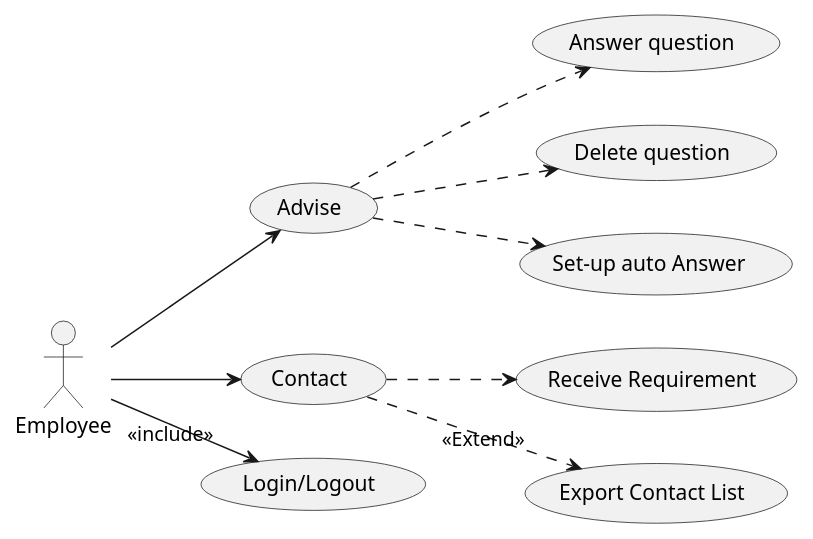
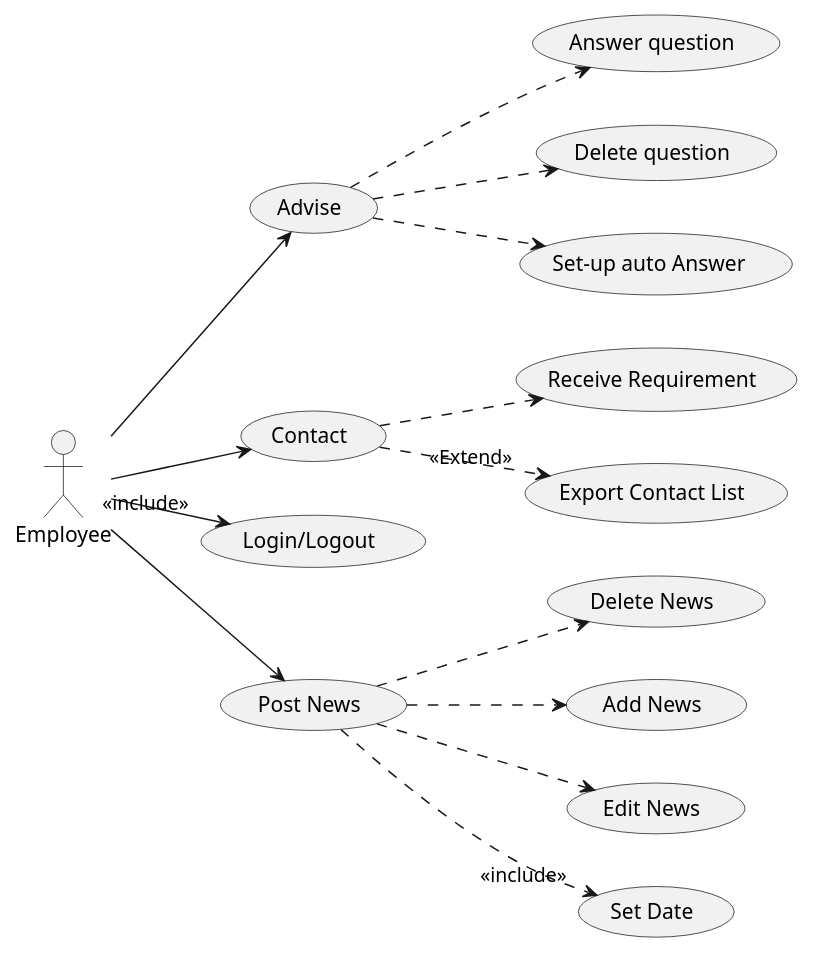
One commit to KaLord2231/SE357-Pratice-class changed the diagram in Lab1.2/UseCase_Diagram/Usecase_Employee.plantuml. Above: the diagram before and after it, drawn with PlantUML. The commit also changed 15 other files, not shown here.

Commit message:
Update diagram

```diff
--- a/Lab1.2/UseCase_Diagram/Usecase_Employee.plantuml
+++ b/Lab1.2/UseCase_Diagram/Usecase_Employee.plantuml
@@ -1,22 +1,33 @@
 @startuml
 left to right direction
 skinparam DefaultTextAlignment center
 skinparam style strictuml
 Actor Employee as Emp
 usecase "Advise" as UCAdv
 usecase "Answer question" as UCAns
 usecase "Delete question" as UCDeQ
 usecase "Set-up auto Answer " as UCSeAuto
 Emp-->UCAdv
 (UCAdv)..>(UCAns)
 (UCAdv)..>(UCDeQ)
 (UCAdv)..>(UCSeAuto)
 usecase "Contact" as UCCont
 usecase "Receive Requirement" as UCReq /'Tiếp nhận yêu cầu'/
 usecase "Export Contact List" as UCExCL /'Xuất danh sách liên hệ'/
 Emp-->(UCCont)
 (UCCont)..>(UCReq)
 (UCCont)..>"<<Extend>>"(UCExCL)
 usecase "Login/Logout" as UCAcc
 Emp-->"<<include>>"(UCAcc)
+'/Đăng tin BDS'/
+usecase "Post News" as UCNew
+ usecase "Delete News" as UcDeNews
+ usecase "Add News" as UcAdNews
+ usecase "Edit News" as UcEdNews
+ usecase "Set Date"as UCSetDate /'Lên lịch đăng tin'/
+ (UCNew)..>"<<include>>"(UCSetDate)
+ (UCNew)..>(UcAdNews)
+ (UCNew)..>(UcEdNews)
+ (UCNew)..>(UcDeNews)
+ Emp-->(UCNew)
 @enduml
```
